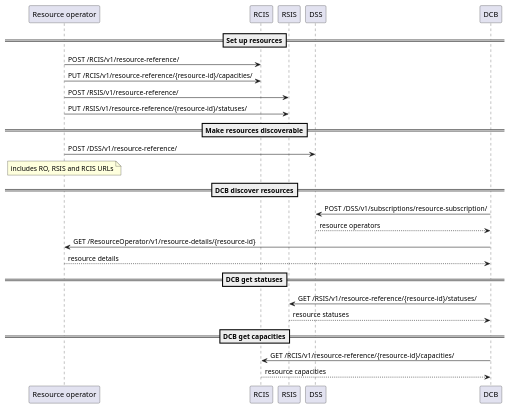
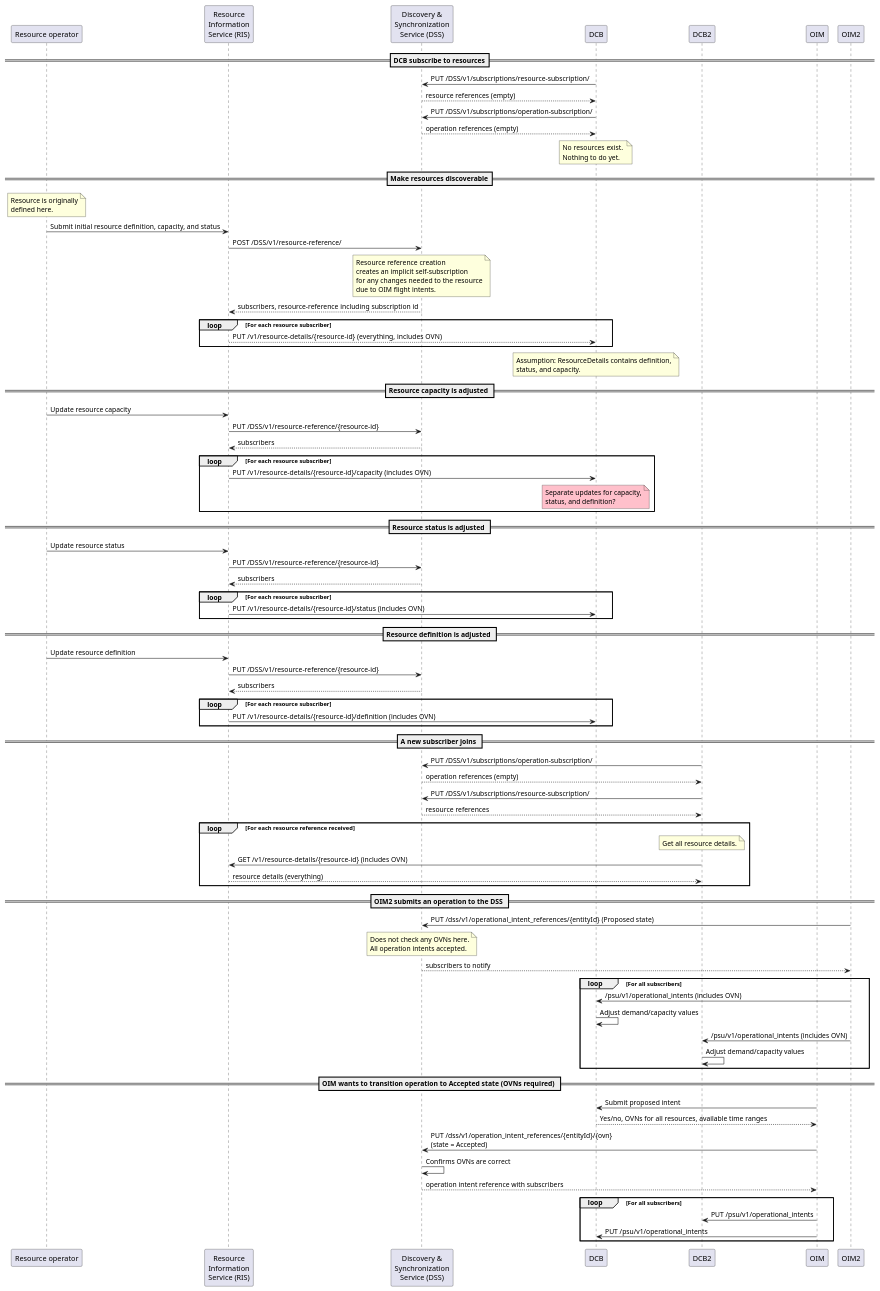
Before and after one commit to JaqpottCTO/ASTM_UTMAPI: the diagram in resource-sequence.puml, drawn with PlantUML.

Commit message:
Add additional details to discovery & subscription diagram for resources.

```diff
--- a/resource-sequence.puml
+++ b/resource-sequence.puml
@@ -1,24 +1,122 @@
 @startuml
 participant "Resource operator" as RO
-==Set up resources==
-RO -> RCIS: POST /RCIS/v1/resource-reference/
-RO -> RCIS: PUT /RCIS/v1/resource-reference/{resource-id}/capacities/
-RO -> RSIS: POST /RSIS/v1/resource-reference/
-RO -> RSIS: PUT /RSIS/v1/resource-reference/{resource-id}/statuses/
+participant "Resource\nInformation\nService (RIS)" as RIS
+participant "Discovery &\nSynchronization\nService (DSS)" as DSS
+participant "DCB" as DCB
+participant "DCB2" as DCB2
+participant "OIM" as OIM
+participant "OIM2" as OIM2
+
+
+==DCB subscribe to resources==
+DCB -> DSS: PUT /DSS/v1/subscriptions/resource-subscription/
+DCB <-- DSS: resource references (empty)
+
+DCB -> DSS: PUT /DSS/v1/subscriptions/operation-subscription/
+DCB <-- DSS: operation references (empty)
+
+note over DCB
+No resources exist. 
+Nothing to do yet. 
+end note
+
 ==Make resources discoverable==
-RO -> DSS: POST /DSS/v1/resource-reference/
 note over RO
-includes RO, RSIS and RCIS URLs
+Resource is originally
+defined here.
+end note 
+RO -> RIS: Submit initial resource definition, capacity, and status
+RIS -> DSS: POST /DSS/v1/resource-reference/
+note over DSS
+Resource reference creation
+creates an implicit self-subscription
+for any changes needed to the resource
+due to OIM flight intents.
 end note
-==DCB discover resources==
-DCB -> DSS: POST /DSS/v1/subscriptions/resource-subscription/
-DCB <-- DSS: resource operators
-DCB -> RO: GET /ResourceOperator/v1/resource-details/{resource-id}
-DCB <-- RO: resource details
-==DCB get statuses==
-DCB -> RSIS: GET /RSIS/v1/resource-reference/{resource-id}/statuses/
-DCB <-- RSIS: resource statuses
-==DCB get capacities==
-DCB -> RCIS: GET /RCIS/v1/resource-reference/{resource-id}/capacities/
-DCB <-- RCIS: resource capacities
+DSS --> RIS: subscribers, resource-reference including subscription id
+loop For each resource subscriber
+    DCB <-- RIS: PUT /v1/resource-details/{resource-id}  (everything, includes OVN)
+end
+note over DCB
+Assumption: ResourceDetails contains definition,
+status, and capacity. 
+end note
+
+== Resource capacity is adjusted ==
+RO -> RIS: Update resource capacity
+RIS -> DSS: PUT /DSS/v1/resource-reference/{resource-id}
+RIS <-- DSS: subscribers
+loop For each resource subscriber
+    RIS -> DCB: PUT /v1/resource-details/{resource-id}/capacity (includes OVN)
+    note over DCB #pink
+    Separate updates for capacity,
+    status, and definition?
+    end note
+end
+
+== Resource status is adjusted ==
+RO -> RIS: Update resource status
+RIS -> DSS: PUT /DSS/v1/resource-reference/{resource-id}
+RIS <-- DSS: subscribers
+loop For each resource subscriber
+    RIS -> DCB: PUT /v1/resource-details/{resource-id}/status (includes OVN)
+end
+
+== Resource definition is adjusted ==
+RO -> RIS: Update resource definition
+RIS -> DSS: PUT /DSS/v1/resource-reference/{resource-id}
+RIS <-- DSS: subscribers
+loop For each resource subscriber
+    RIS -> DCB: PUT /v1/resource-details/{resource-id}/definition (includes OVN)
+end
+
+== A new subscriber joins == 
+
+DCB2 -> DSS: PUT /DSS/v1/subscriptions/operation-subscription/
+DCB2 <-- DSS: operation references (empty)
+
+DCB2 -> DSS: PUT /DSS/v1/subscriptions/resource-subscription/
+DCB2 <-- DSS: resource references
+
+loop For each resource reference received
+    note over DCB2
+    Get all resource details.
+    end note
+    DCB2 -> RIS: GET /v1/resource-details/{resource-id} (includes OVN)
+    DCB2 <-- RIS: resource details (everything)
+end
+
+
+== OIM2 submits an operation to the DSS == 
+OIM2 -> DSS: PUT /dss/v1/operational_intent_references/{entityId}  (Proposed state)
+note over DSS
+Does not check any OVNs here.
+All operation intents accepted.
+end note
+OIM2 <-- DSS: subscribers to notify
+loop For all subscribers
+    ' OIM2 -> RIS: /psu/v1/operational_intents (includes OVN)
+    OIM2 -> DCB: /psu/v1/operational_intents (includes OVN)
+    DCB -> DCB: Adjust demand/capacity values
+    OIM2 -> DCB2:  /psu/v1/operational_intents (includes OVN)
+    DCB2 -> DCB2: Adjust demand/capacity values
+end
+
+== OIM wants to transition operation to Accepted state (OVNs required) ==
+' OIM -> DCB: Get available resources
+' OIM <-- DCB: Return all resources, OVNs, avaialble time ranges
+
+
+OIM -> DCB: Submit proposed intent
+OIM <-- DCB: Yes/no, OVNs for all resources, available time ranges
+
+OIM -> DSS: PUT /dss/v1/operation_intent_references/{entityId}/{ovn}\n(state = Accepted)
+DSS -> DSS: Confirms OVNs are correct
+OIM <-- DSS: operation intent reference with subscribers
+loop For all subscribers
+    OIM -> DCB2: PUT /psu/v1/operational_intents
+    OIM -> DCB: PUT /psu/v1/operational_intents
+end
+
+
 @enduml
```
